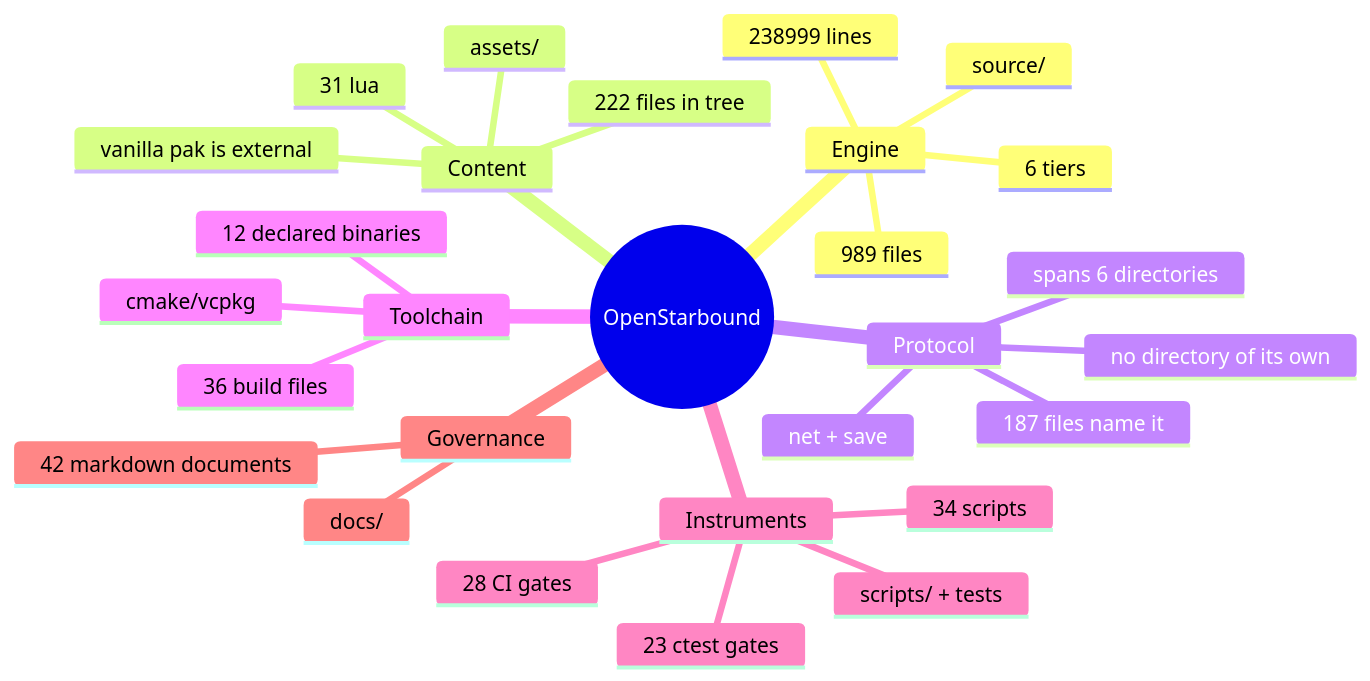
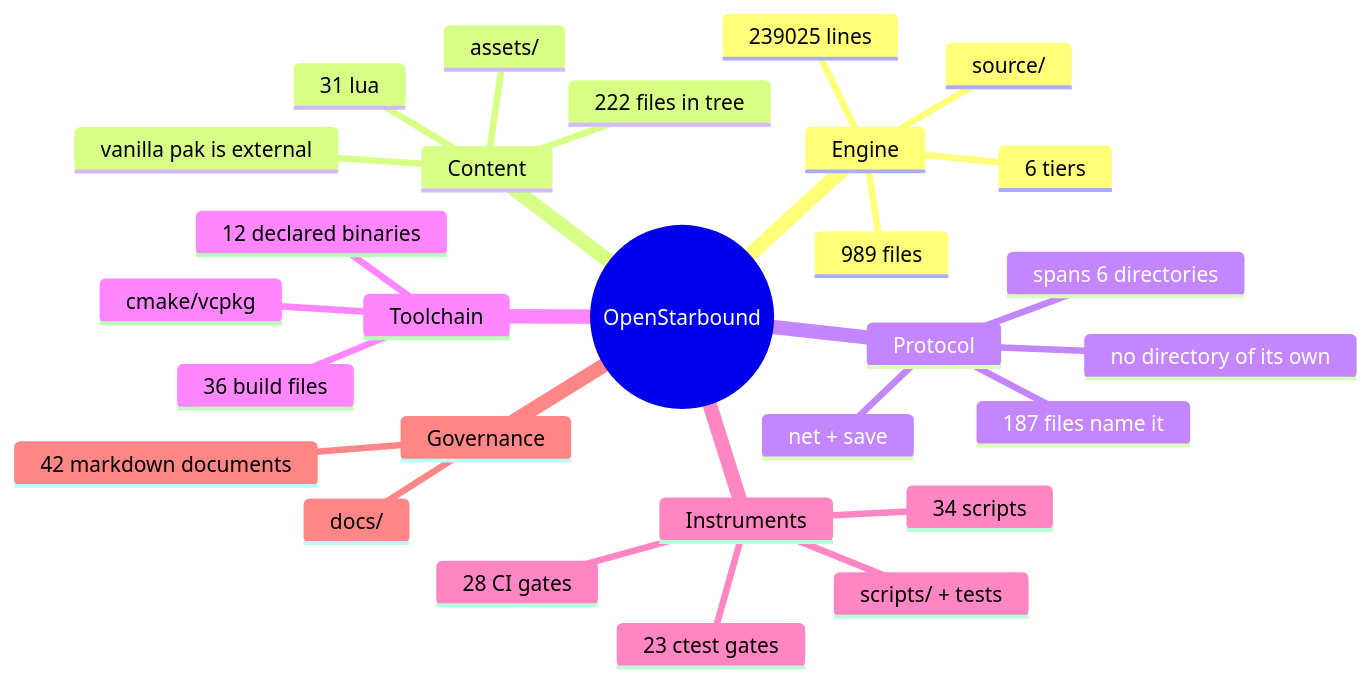
The second of 11 diagrams in docs/architecture/system-boundaries.md (apnex/OpenStarbound), drawn with Mermaid before and after one commit. The commit also changed other lines of this file and 2 other files, not shown here.

````diff
--- a/docs/architecture/system-boundaries.md
+++ b/docs/architecture/system-boundaries.md
@@ -166,31 +166,31 @@
 ```mermaid
 mindmap
   root((OpenStarbound))
     Engine
       source/
       989 files
-      238999 lines
+      239025 lines
       6 tiers
     Content
       assets/
       222 files in tree
       31 lua
       vanilla pak is external
     Protocol
       net + save
       187 files name it
       spans 6 directories
       no directory of its own
     Toolchain
       cmake/vcpkg
       36 build files
       12 declared binaries
     Instruments
       scripts/ + tests
       34 scripts
       23 ctest gates
       28 CI gates
     Governance
       docs/
       42 markdown documents
 ```
````
